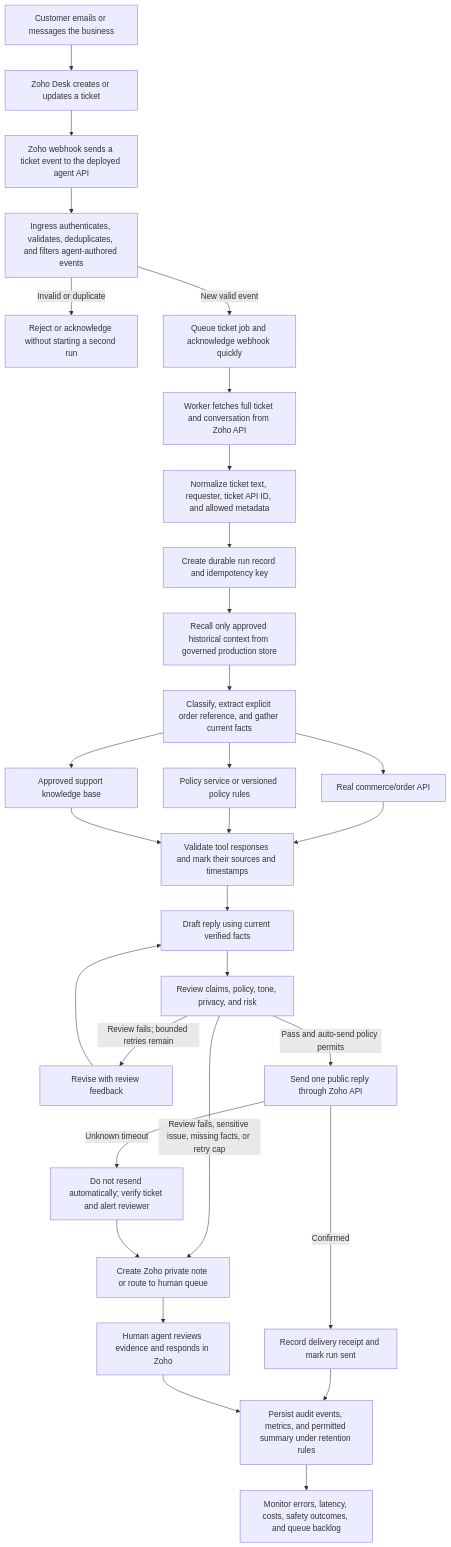
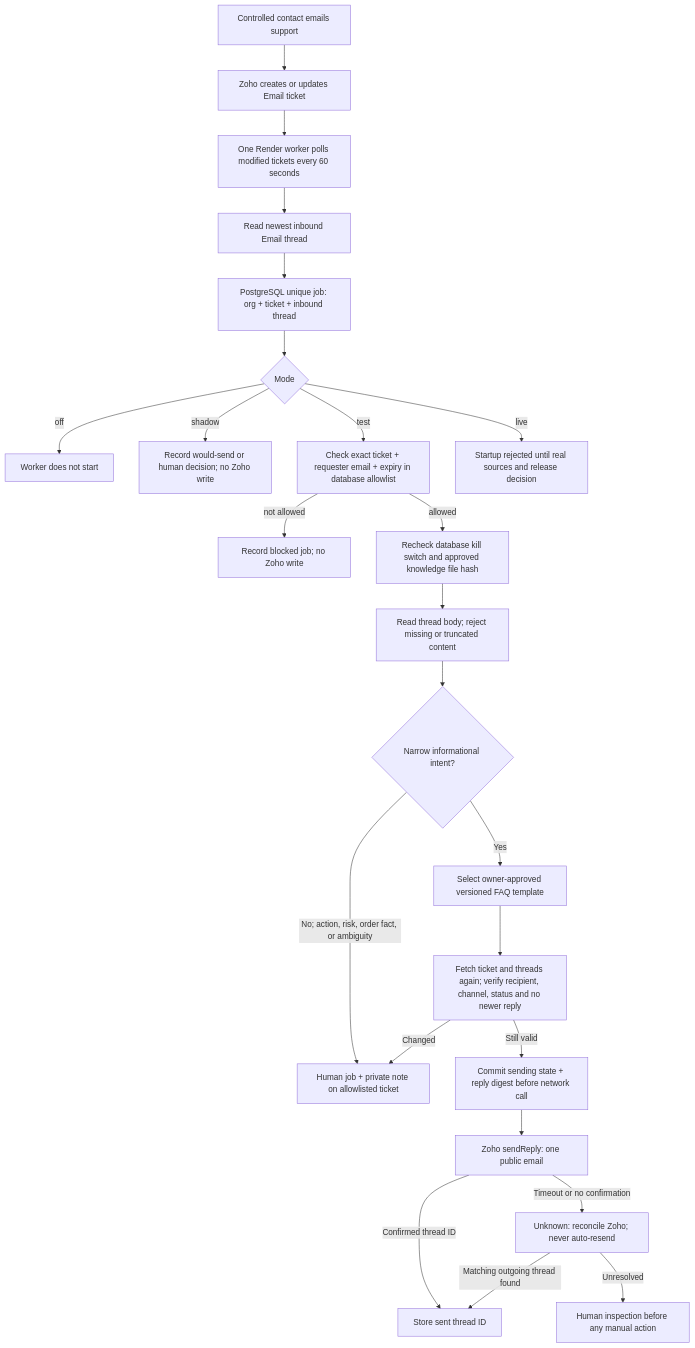
One commit to brajeshkumar7/Customer-support-ticket-triage-and-draft-response-agent changed the third of 3 diagrams in flow.md. Above: the diagram before and after it, drawn with Mermaid. The commit also changed other lines of this file and 66 other files, not shown here.

````diff
--- a/flow.md
+++ b/flow.md
@@ -225,32 +196,26 @@
 ```mermaid
 flowchart TD
-    A[Customer emails or messages the business] --> B[Zoho Desk creates or updates a ticket]
-    B --> C[Zoho webhook sends a ticket event to the deployed agent API]
-    C --> D[Ingress authenticates, validates, deduplicates, and filters agent-authored events]
-    D -->|Invalid or duplicate| E[Reject or acknowledge without starting a second run]
-    D -->|New valid event| F[Queue ticket job and acknowledge webhook quickly]
-    F --> G[Worker fetches full ticket and conversation from Zoho API]
-    G --> H[Normalize ticket text, requester, ticket API ID, and allowed metadata]
-    H --> I[Create durable run record and idempotency key]
-    I --> J[Recall only approved historical context from governed production store]
-    J --> K[Classify, extract explicit order reference, and gather current facts]
-    K --> L[Real commerce/order API]
-    K --> M[Policy service or versioned policy rules]
-    K --> N[Approved support knowledge base]
-    L --> O[Validate tool responses and mark their sources and timestamps]
-    M --> O
-    N --> O
-    O --> P[Draft reply using current verified facts]
-    P --> Q[Review claims, policy, tone, privacy, and risk]
-    Q -->|Review fails; bounded retries remain| R[Revise with review feedback]
-    R --> P
-    Q -->|Review fails, sensitive issue, missing facts, or retry cap| S[Create Zoho private note or route to human queue]
-    S --> T[Human agent reviews evidence and responds in Zoho]
-    Q -->|Pass and auto-send policy permits| U[Send one public reply through Zoho API]
-    U -->|Confirmed| V[Record delivery receipt and mark run sent]
-    U -->|Unknown timeout| W[Do not resend automatically; verify ticket and alert reviewer]
-    W --> S
-    V --> X[Persist audit events, metrics, and permitted summary under retention rules]
-    T --> X
-    X --> Y[Monitor errors, latency, costs, safety outcomes, and queue backlog]
+    A[Controlled contact emails support] --> B[Zoho creates or updates Email ticket]
+    B --> C[One Render worker polls modified tickets every 60 seconds]
+    C --> D[Read newest inbound Email thread]
+    D --> E[PostgreSQL unique job: org + ticket + inbound thread]
+    E --> F{Mode}
+    F -->|off| Z[Worker does not start]
+    F -->|shadow| G[Record would-send or human decision; no Zoho write]
+    F -->|test| H[Check exact ticket + requester email + expiry in database allowlist]
+    F -->|live| L[Startup rejected until real sources and release decision]
+    H -->|not allowed| M[Record blocked job; no Zoho write]
+    H -->|allowed| I[Recheck database kill switch and approved knowledge file hash]
+    I --> J[Read thread body; reject missing or truncated content]
+    J --> K{Narrow informational intent?}
+    K -->|No; action, risk, order fact, or ambiguity| N[Human job + private note on allowlisted ticket]
+    K -->|Yes| O[Select owner-approved versioned FAQ template]
+    O --> P[Fetch ticket and threads again; verify recipient, channel, status and no newer reply]
+    P -->|Changed| N
+    P -->|Still valid| Q[Commit sending state + reply digest before network call]
+    Q --> R[Zoho sendReply: one public email]
+    R -->|Confirmed thread ID| S[Store sent thread ID]
+    R -->|Timeout or no confirmation| U[Unknown: reconcile Zoho; never auto-resend]
+    U -->|Matching outgoing thread found| S
+    U -->|Unresolved| V[Human inspection before any manual action]
 ```
````
